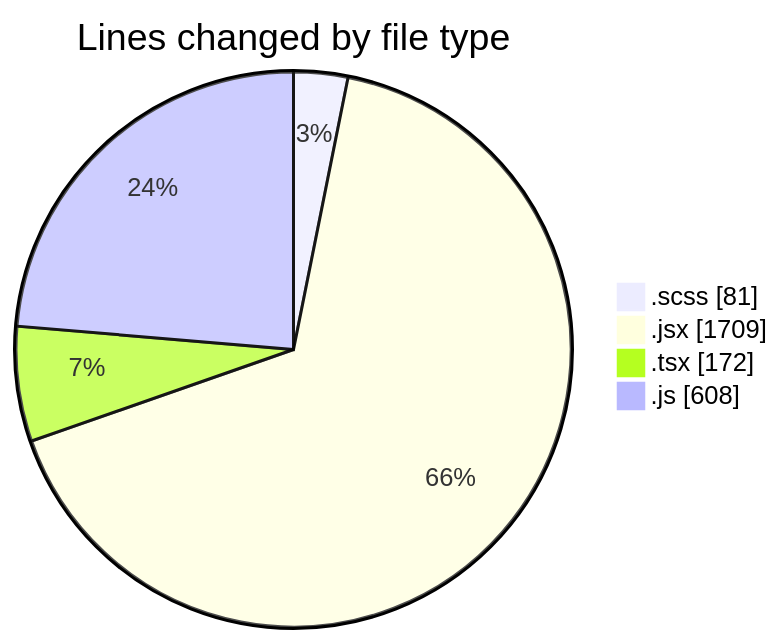
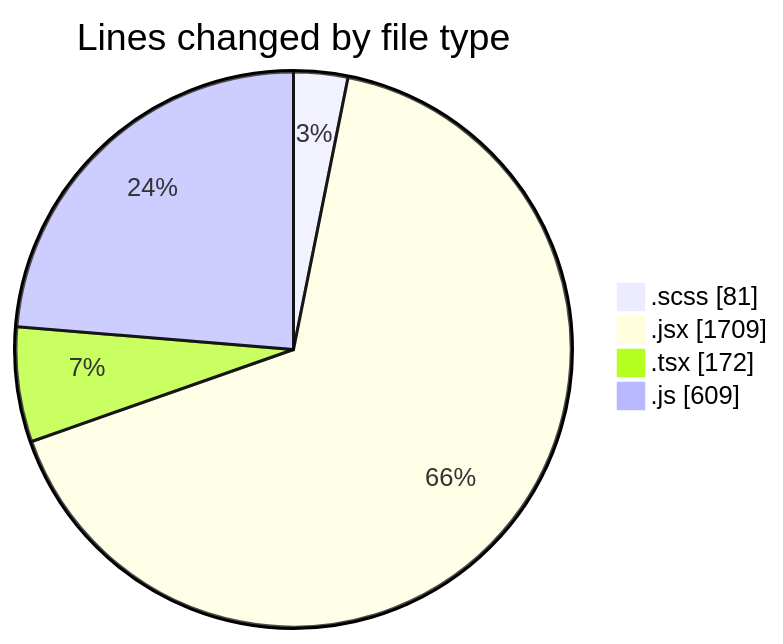
The first of 2 diagrams in 2025-06-03/cda/README.md (momahboobian/code-tracking), drawn with Mermaid before and after one commit. The commit also changed other lines of this file and 1 other file, not shown here.

````diff
--- a/2025-06-03/cda/README.md
+++ b/2025-06-03/cda/README.md
@@ -25,8 +25,8 @@
 ```mermaid
 pie showData
 title Lines changed by file type
 ".scss" : 81
 ".jsx" : 1709
 ".tsx" : 172
-".js" : 608
+".js" : 609
 ```
````
